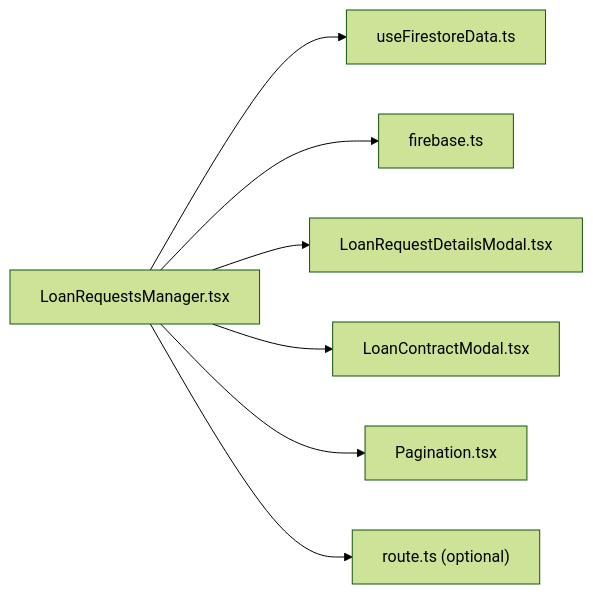
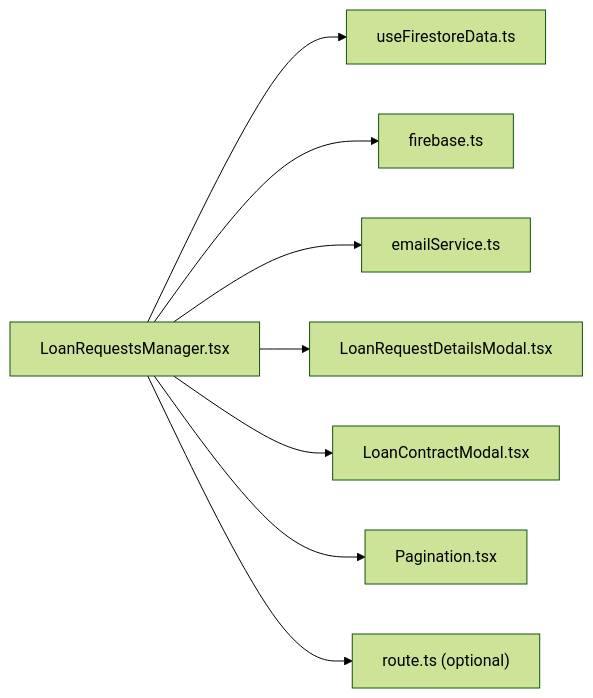
Before and after one commit to Unsure-bry/sampacoop_system: the fourth of 4 diagrams in .qoder/repowiki/en/content/Loan Management System/Loan Approval Process.md, drawn with Mermaid (forest theme). The commit also changed other lines of this file and 12 other files, not shown here.

````diff
--- a/.qoder/repowiki/en/content/Loan Management System/Loan Approval Process.md
+++ b/.qoder/repowiki/en/content/Loan Management System/Loan Approval Process.md
@@ -291,9 +360,10 @@
 ```mermaid
 graph LR
 LRM["LoanRequestsManager.tsx"] --> UFD["useFirestoreData.ts"]
 LRM --> FB["firebase.ts"]
+LRM --> ES["emailService.ts"]
 LRM --> LDM["LoanRequestDetailsModal.tsx"]
 LRM --> LCM["LoanContractModal.tsx"]
 LRM --> PAG["Pagination.tsx"]
 LRM --> API["route.ts (optional)"]
 ```
````
